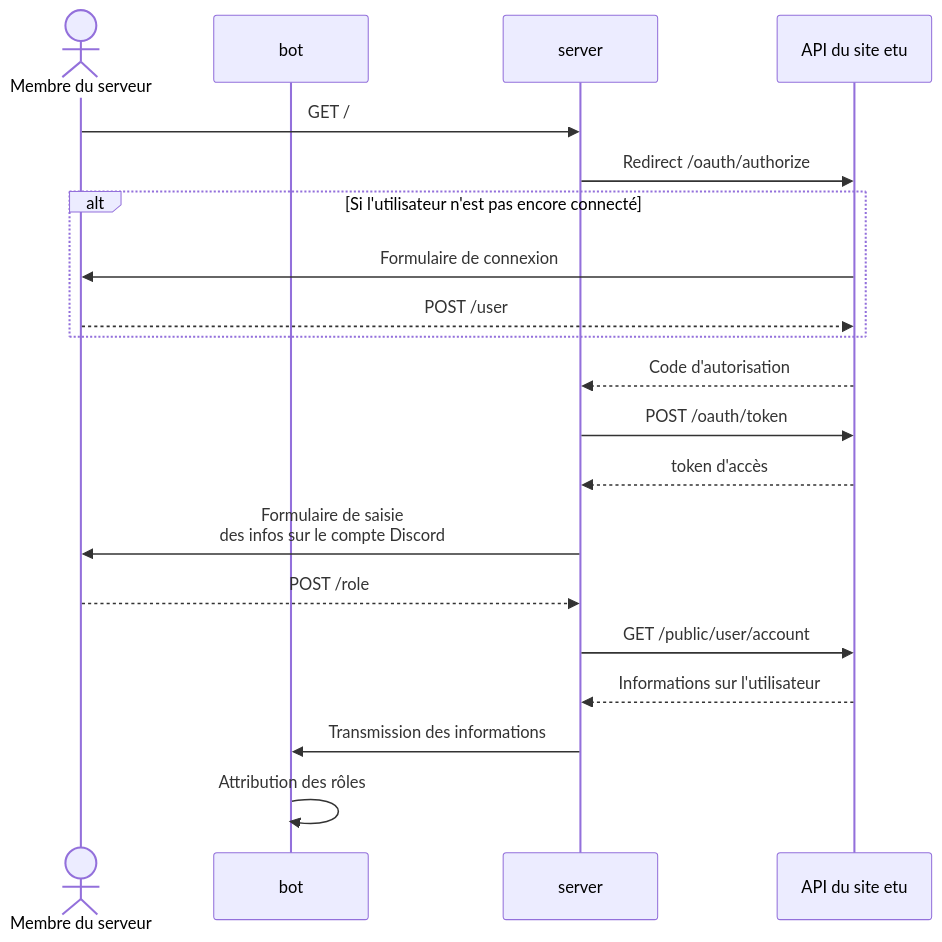
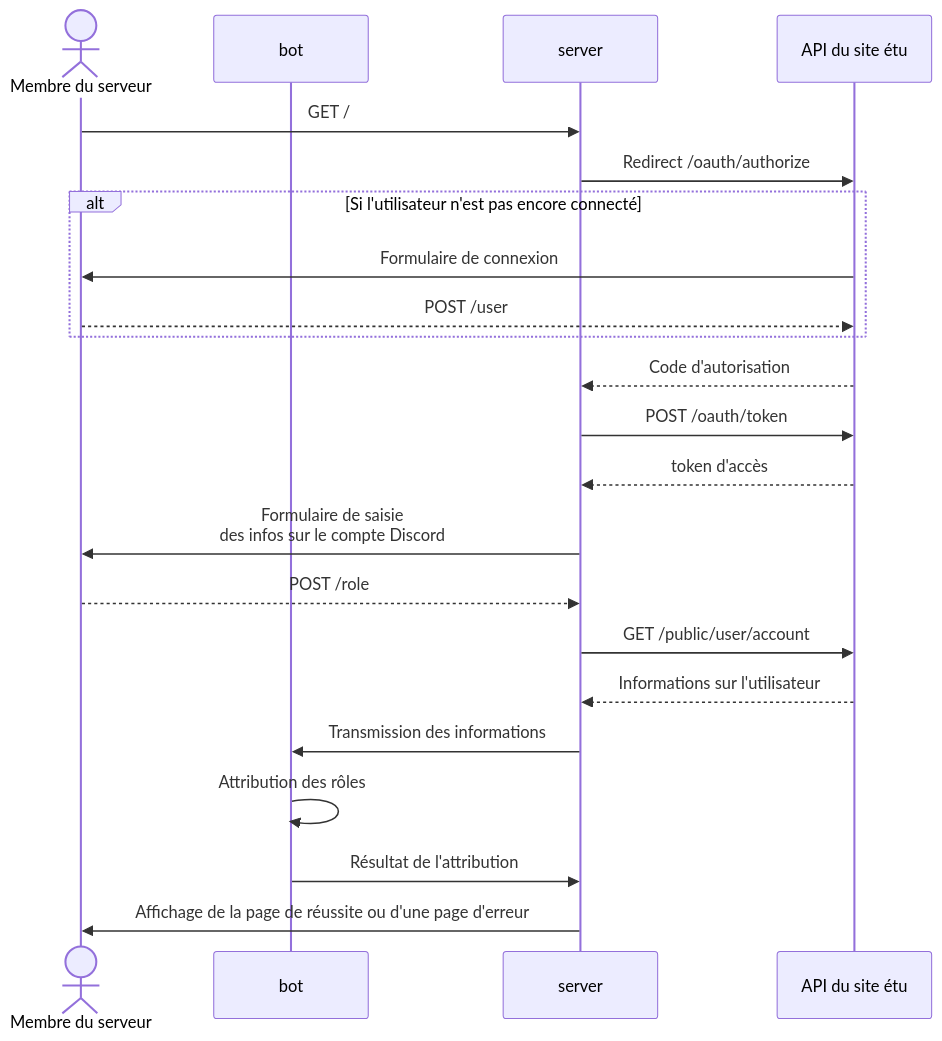
One commit to ungdev/EtuUTT-Discord-Bot changed the diagram in docs/explanation/etu-auth.md. Above: the diagram before and after it, drawn with Mermaid. The commit also changed other lines of this file and 8 other files, not shown here.

````diff
--- a/docs/explanation/etu-auth.md
+++ b/docs/explanation/etu-auth.md
@@ -34,23 +34,25 @@
 ```mermaid
 sequenceDiagram
     actor User as Membre du serveur
     participant bot
     participant server
-    participant api as API du site etu
+    participant api as API du site étu
     
     User->>server: GET /
     server->>api: Redirect /oauth/authorize
     alt Si l'utilisateur n'est pas encore connecté
         api->>User: Formulaire de connexion
         User-->>api: POST /user
     end
     api-->>server: Code d'autorisation
     server->>api: POST /oauth/token
     api-->>server: token d'accès
     server->>User: Formulaire de saisie <br>des infos sur le compte Discord
     User-->>server: POST /role
     server->>api: GET /public/user/account
     api-->>server: Informations sur l'utilisateur
     server->>bot: Transmission des informations
     bot->>bot: Attribution des rôles
+    bot->>server: Résultat de l'attribution
+    server->>User: Affichage de la page de réussite ou d'une page d'erreur
 ```
````
